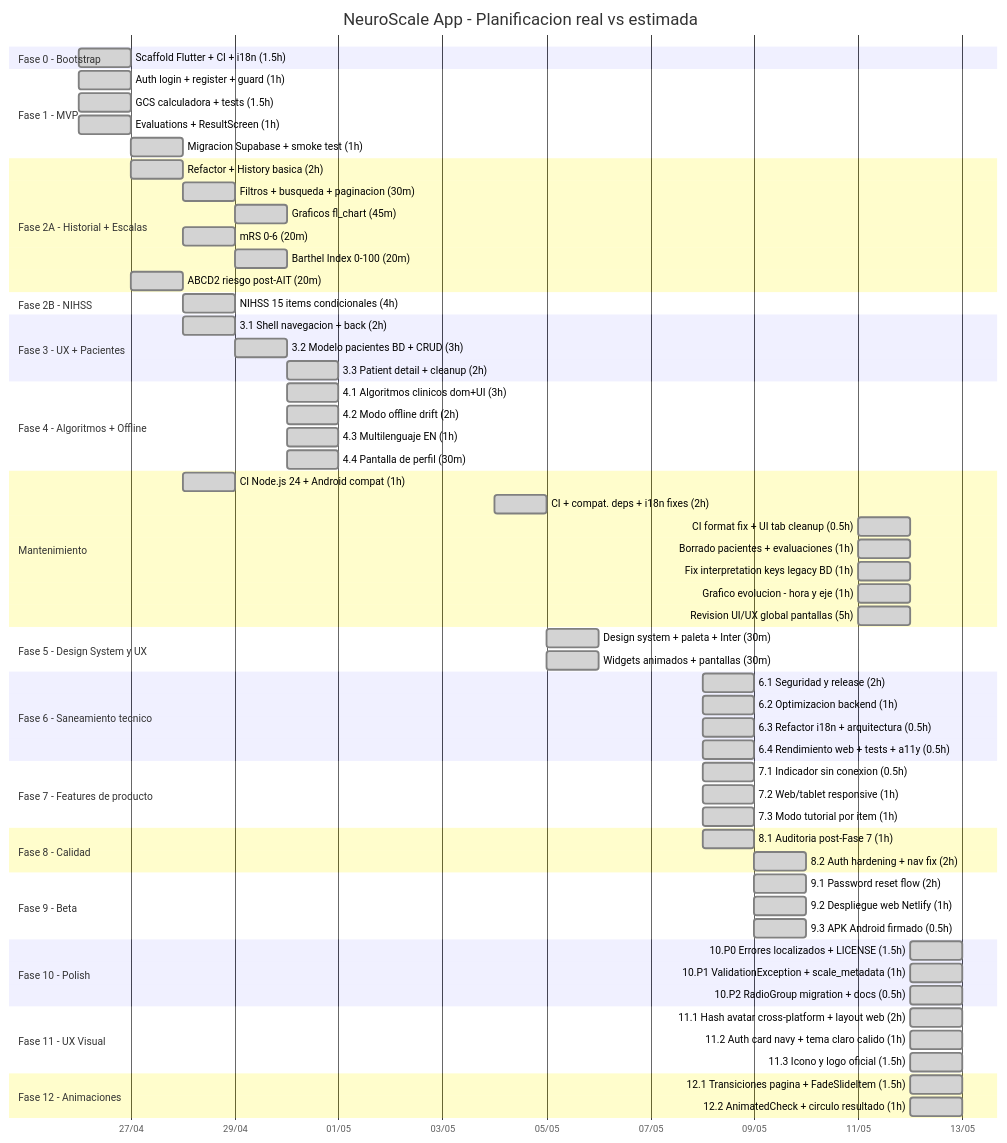
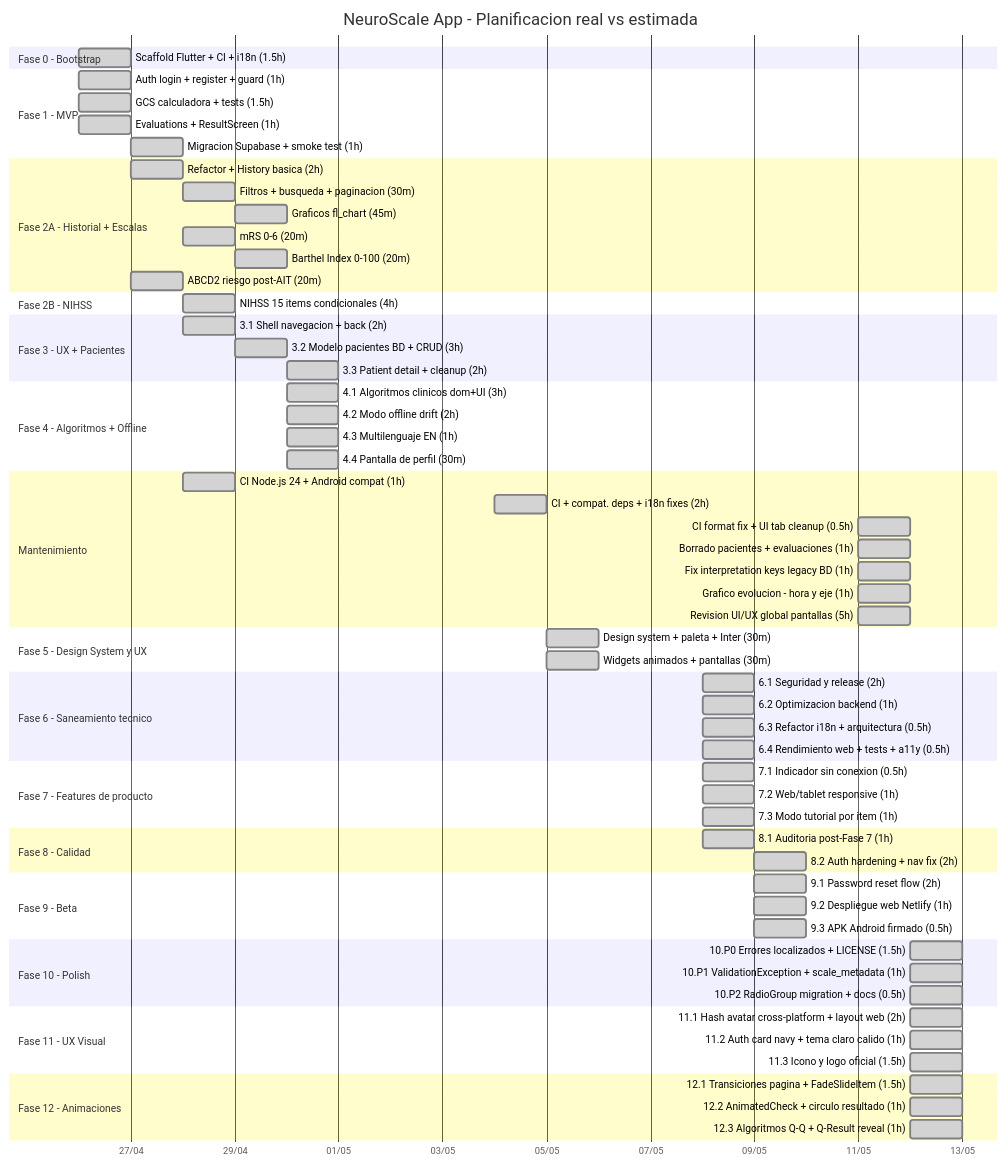
Before and after one commit to grisllo/NeuroScaleApp: the diagram in README.md, drawn with Mermaid. The commit also changed other lines of this file and 1 other file, not shown here.

Commit message:
docs(gantt): Fase 12 completa — algoritmos animados, ~79h

````diff
--- a/README.md
+++ b/README.md
@@ -127,4 +127,5 @@
     section Fase 12 - Animaciones
     12.1 Transiciones pagina + FadeSlideItem (1.5h) :done, f12a, 2026-05-12, 1d
     12.2 AnimatedCheck + circulo resultado (1h) :done, f12b, 2026-05-12, 1d
+    12.3 Algoritmos Q-Q + Q-Result reveal (1h) :done, f12c, 2026-05-12, 1d
 ```
````
